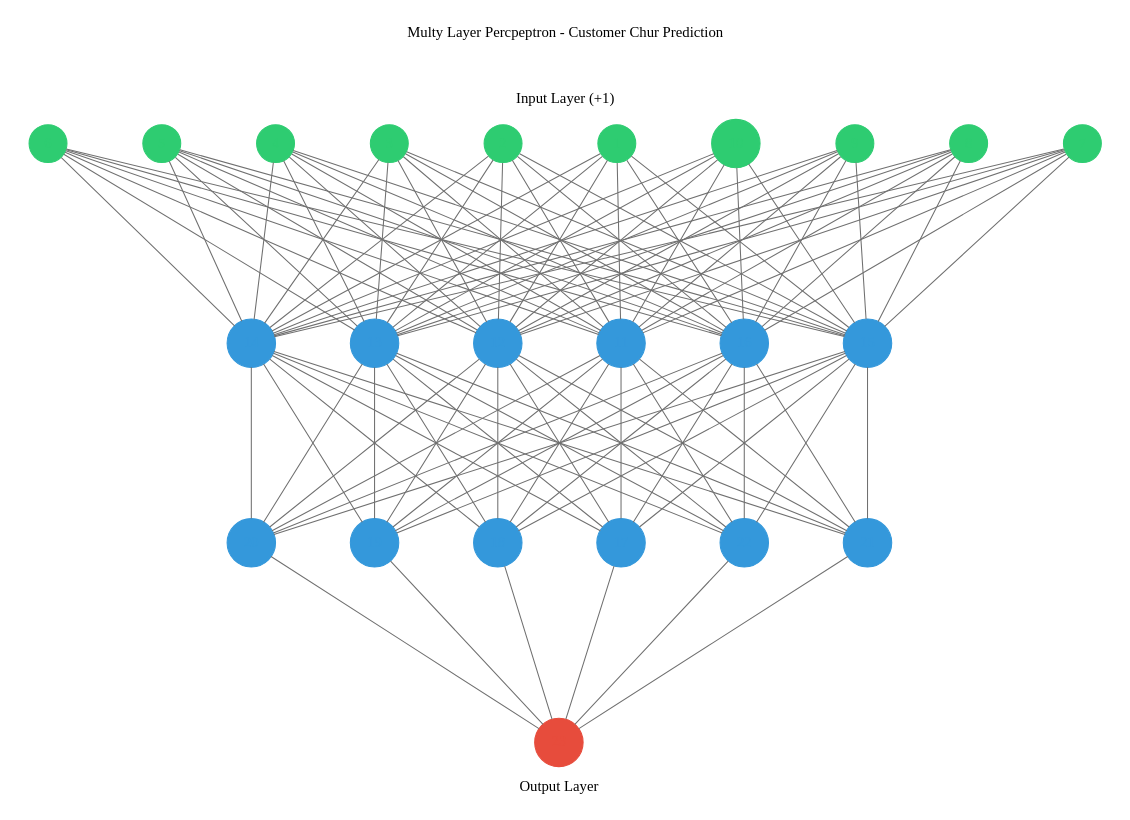
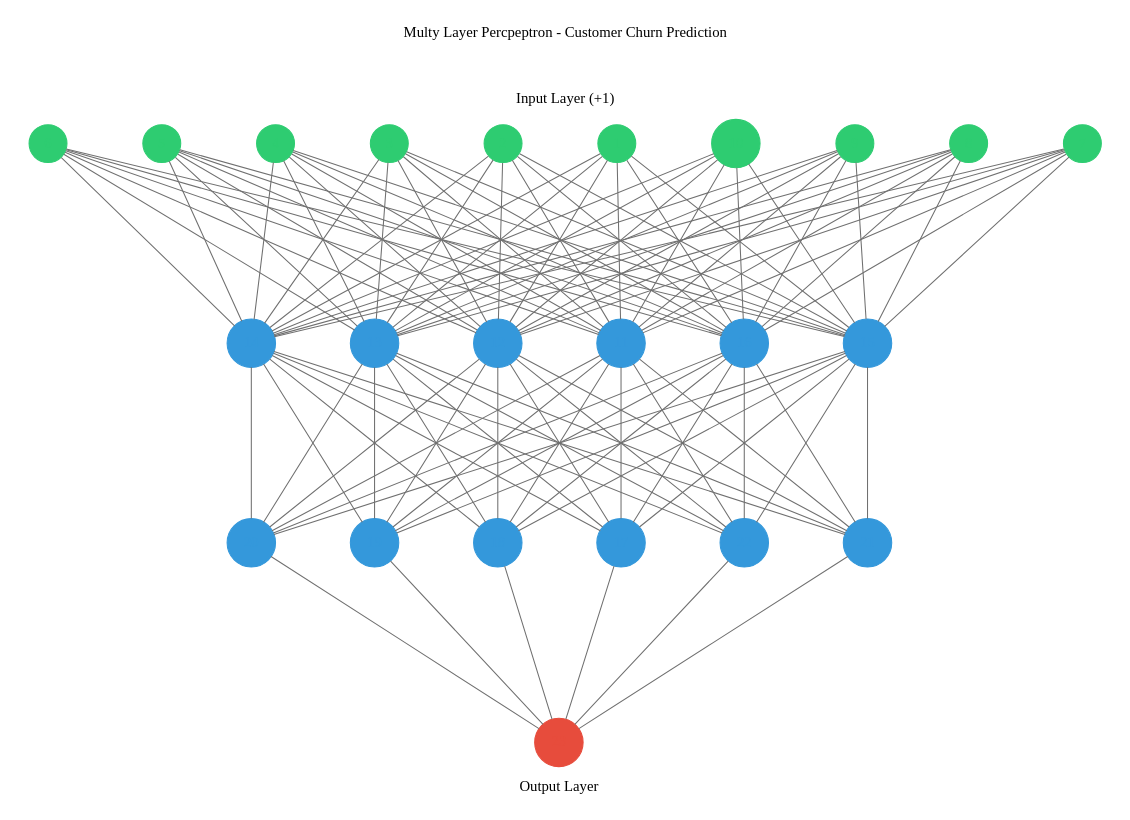
The diagram in src/mlp/network.gv (fractus-io/keras-tutorial), drawn with Graphviz before and after one commit. The commit also changed 3 other files, not shown here.

```diff
--- a/src/mlp/network.gv
+++ b/src/mlp/network.gv
@@ -5,70 +5,70 @@
 		node [color="#2ecc71" fontcolor="#2ecc71" shape=circle style=filled]
 		color=white
 		1
-		label="Multy Layer Percpeptron - Customer Chur Prediction
+		label="Multy Layer Percpeptron - Customer Churn Prediction
 
 
 
 Input Layer (+1)"
 		rank=same
 		2
-		label="Multy Layer Percpeptron - Customer Chur Prediction
+		label="Multy Layer Percpeptron - Customer Churn Prediction
 
 
 
 Input Layer (+1)"
 		rank=same
 		3
-		label="Multy Layer Percpeptron - Customer Chur Prediction
+		label="Multy Layer Percpeptron - Customer Churn Prediction
 
 
 
 Input Layer (+1)"
 		rank=same
 		4
-		label="Multy Layer Percpeptron - Customer Chur Prediction
+		label="Multy Layer Percpeptron - Customer Churn Prediction
 
 
 
 Input Layer (+1)"
 		rank=same
 		5
-		label="Multy Layer Percpeptron - Customer Chur Prediction
+		label="Multy Layer Percpeptron - Customer Churn Prediction
 
 
 
 Input Layer (+1)"
 		rank=same
 		6
-		label="Multy Layer Percpeptron - Customer Chur Prediction
+		label="Multy Layer Percpeptron - Customer Churn Prediction
 
 
 
 Input Layer (+1)"
 		rank=same
 		7
-		label="Multy Layer Percpeptron - Customer Chur Prediction
+		label="Multy Layer Percpeptron - Customer Churn Prediction
 
 
 
 Input Layer (+1)"
 		rank=same
 		8
-		label="Multy Layer Percpeptron - Customer Chur Prediction
+		label="Multy Layer Percpeptron - Customer Churn Prediction
 
 
 
 Input Layer (+1)"
 		rank=same
 		9
-		label="Multy Layer Percpeptron - Customer Chur Prediction
+		label="Multy Layer Percpeptron - Customer Churn Prediction
 
 
 
 Input Layer (+1)"
 		rank=same
 		10
-		label="Multy Layer Percpeptron - Customer Chur Prediction
+		label="Multy Layer Percpeptron - Customer Churn Prediction
 
 
 
```
